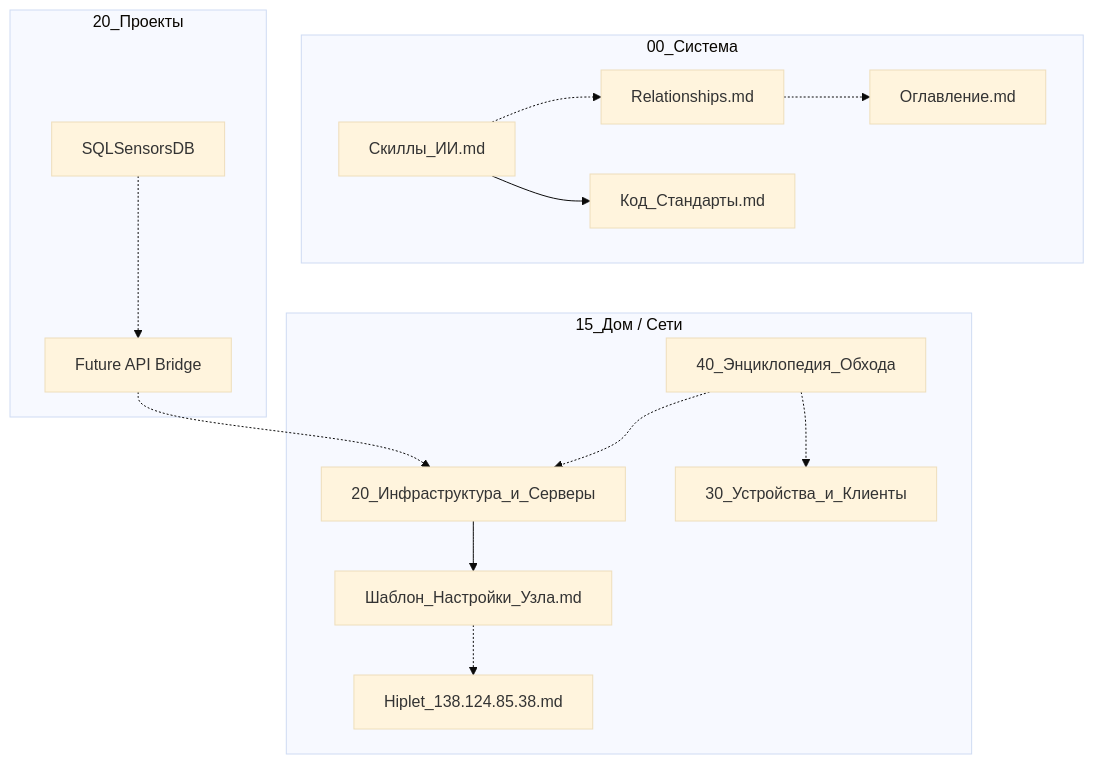
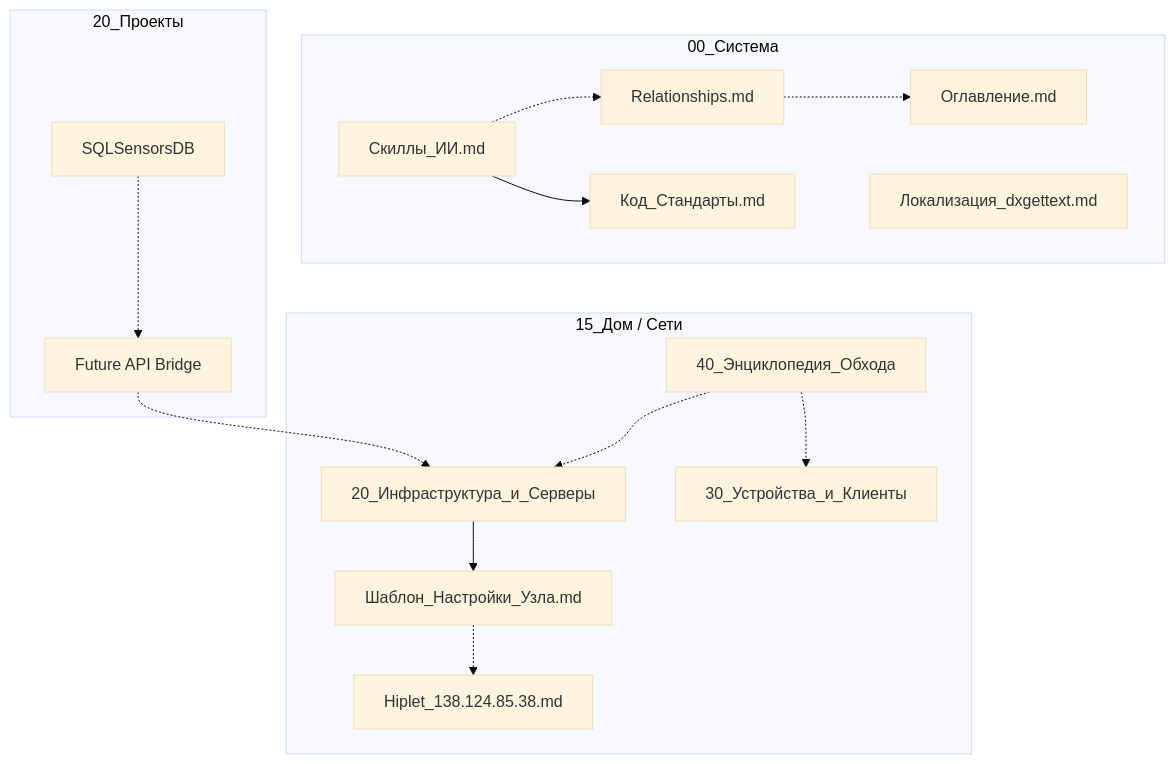
The diagram in 00_Система/Relationships.md (Oburec1985/AGrav), drawn with Mermaid (base theme) before and after one commit. The commit also changed other lines of this file and 27 other files, not shown here.

````diff
--- a/00_Система/Relationships.md
+++ b/00_Система/Relationships.md
@@ -12,36 +12,37 @@
 ```mermaid
 graph TD
     subgraph "00_Система"
         MainIndex["Оглавление.md"]
         Skills["Скиллы_ИИ.md"]
         RelMap["Relationships.md"]
         CodeStd["Код_Стандарты.md"]
+        LocTool["Локализация_dxgettext.md"]
     end
 
     subgraph "15_Дом / Сети"
         Infrastructure["20_Инфраструктура_и_Серверы"]
         Devices["30_Устройства_и_Клиенты"]
         NodeTemp["Шаблон_Настройки_Узла.md"]
         Hiplet["Hiplet_138.124.85.38.md"]
         BypassWiki["40_Энциклопедия_Обхода"]
     end
 
     subgraph "20_Проекты"
         SQLSensors["SQLSensorsDB"]
         Bridge["Future API Bridge"]
     end
 
     %% Связи
     RelMap -.-> MainIndex
     Skills -.-> RelMap
     Skills --> CodeStd
     
     Infrastructure --> NodeTemp
     NodeTemp -.-> Hiplet
     
     SQLSensors -.-> Bridge
     Bridge -.-> Infrastructure
     
     BypassWiki -.-> Devices
     BypassWiki -.-> Infrastructure
 ```
````
